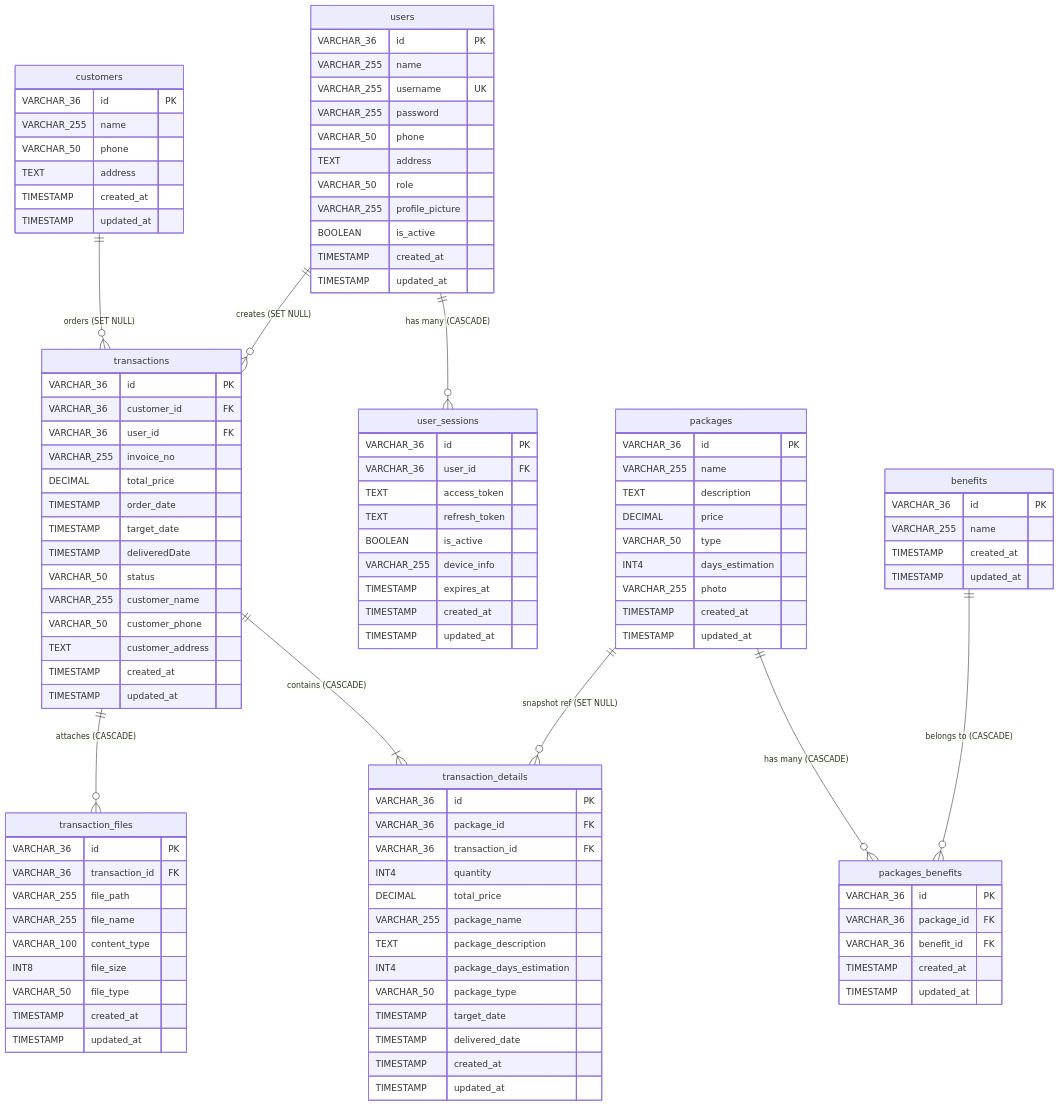
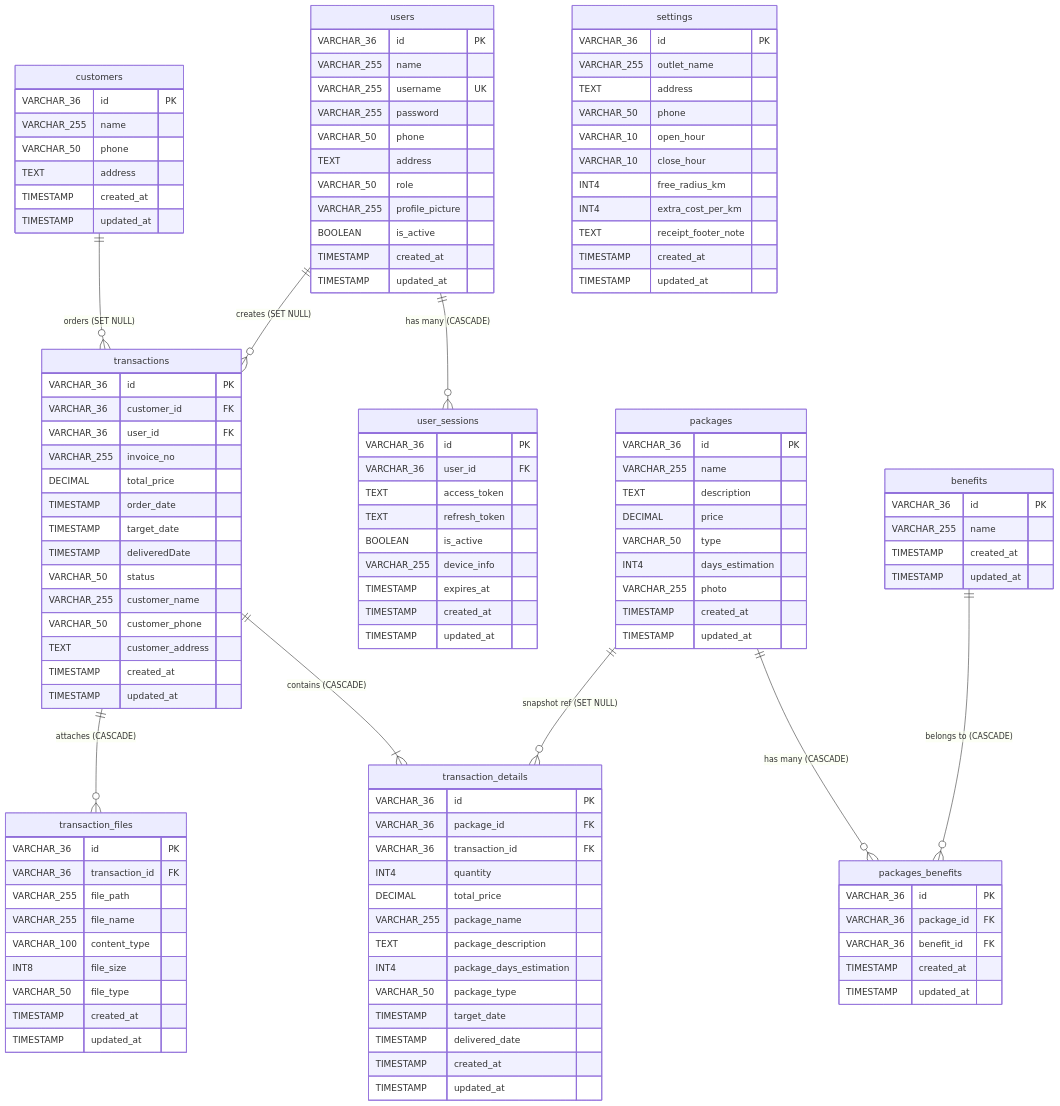
One commit to AlanPratama/be-nuy-laundry changed the diagram in docs/system-specs/05-database.md. Above: the diagram before and after it, drawn with Mermaid. The commit also changed other lines of this file and 43 other files, not shown here.

Commit message:
feat: add dashboard metrics, outlet settings, user active toggle, and CORS configuration

````diff
--- a/docs/system-specs/05-database.md
+++ b/docs/system-specs/05-database.md
@@ -149,4 +150,18 @@
         TIMESTAMP created_at
         TIMESTAMP updated_at
     }
+
+    settings {
+        VARCHAR_36 id PK
+        VARCHAR_255 outlet_name
+        TEXT address
+        VARCHAR_50 phone
+        VARCHAR_10 open_hour
+        VARCHAR_10 close_hour
+        INT4 free_radius_km
+        INT4 extra_cost_per_km
+        TEXT receipt_footer_note
+        TIMESTAMP created_at
+        TIMESTAMP updated_at
+    }
 ```
````
